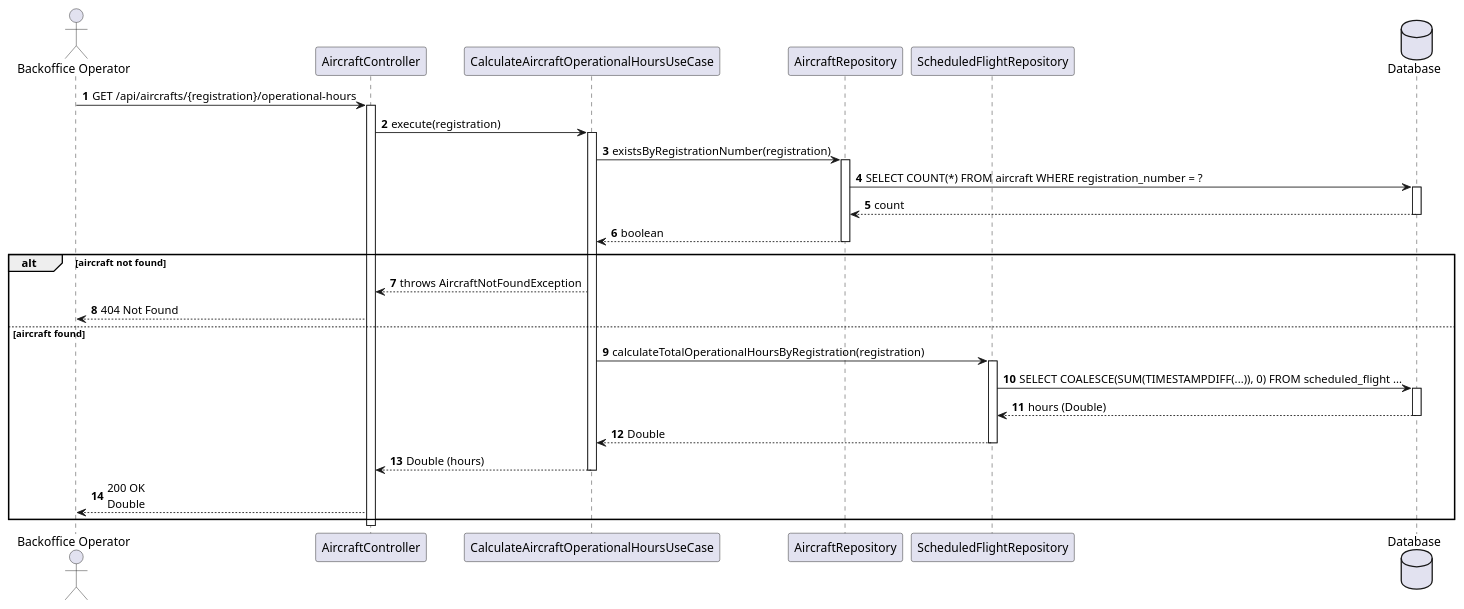
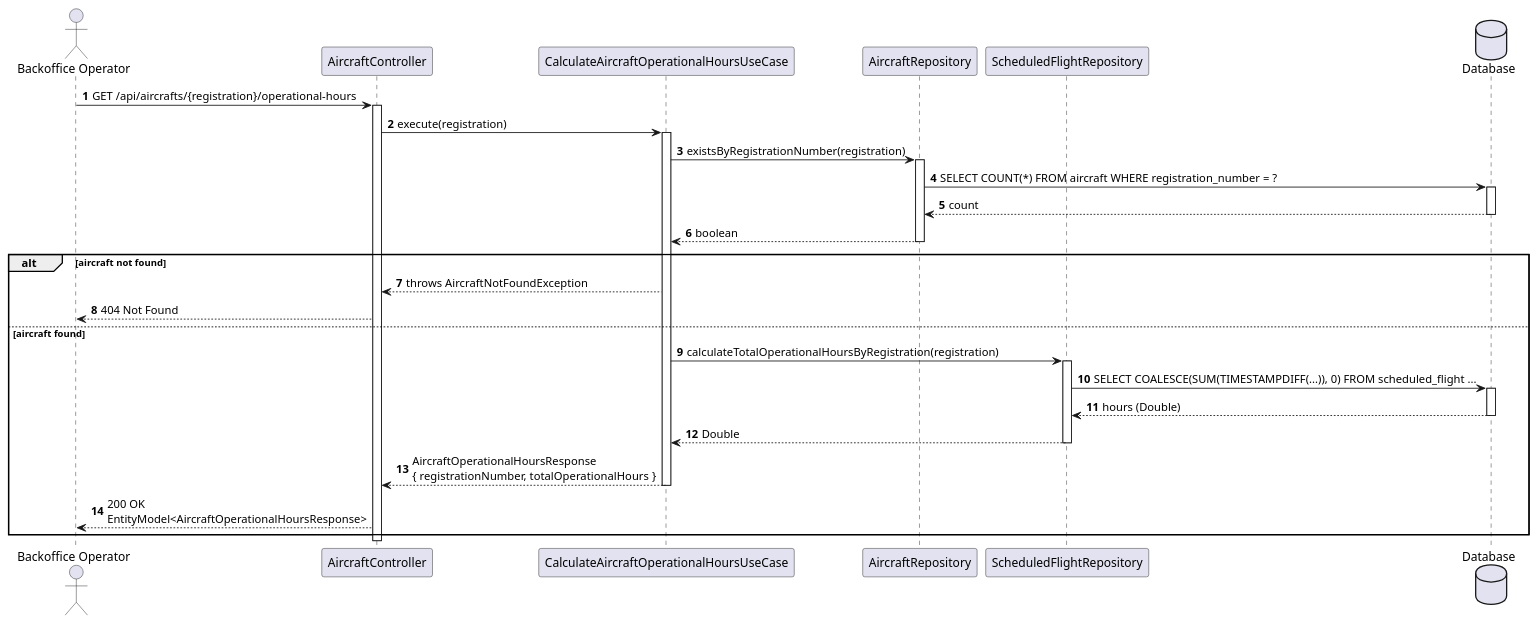
The diagram in docs/system-documentation/use-cases/WP1B/US206/puml/sd_us206.puml (VascoMagolo/psoft_1231562_1241692_1242036_2db), drawn with PlantUML before and after one commit. The commit also changed 101 other files, not shown here.

First line of the commit message:
docs: update diagrams, READMEs, and global artifacts

```diff
--- a/docs/system-documentation/use-cases/WP1B/US206/puml/sd_us206.puml
+++ b/docs/system-documentation/use-cases/WP1B/US206/puml/sd_us206.puml
@@ -1,44 +1,44 @@
 @startuml
 autonumber
 actor "Backoffice Operator" as BO
 participant "AircraftController" as Ctrl
 participant "CalculateAircraftOperationalHoursUseCase" as UC
 participant "AircraftRepository" as Repo
 participant "ScheduledFlightRepository" as FlightRepo
 database "Database" as DB
 
 BO -> Ctrl : GET /api/aircrafts/{registration}/operational-hours
 activate Ctrl
 
 Ctrl -> UC : execute(registration)
 activate UC
 
 UC -> Repo : existsByRegistrationNumber(registration)
 activate Repo
 Repo -> DB : SELECT COUNT(*) FROM aircraft WHERE registration_number = ?
 activate DB
 DB --> Repo : count
 deactivate DB
 Repo --> UC : boolean
 deactivate Repo
 
 alt aircraft not found
     UC --> Ctrl : throws AircraftNotFoundException
     Ctrl --> BO : 404 Not Found
 else aircraft found
     UC -> FlightRepo : calculateTotalOperationalHoursByRegistration(registration)
     activate FlightRepo
     FlightRepo -> DB : SELECT COALESCE(SUM(TIMESTAMPDIFF(...)), 0) FROM scheduled_flight ...
     activate DB
     DB --> FlightRepo : hours (Double)
     deactivate DB
     FlightRepo --> UC : Double
     deactivate FlightRepo
 
-    UC --> Ctrl : Double (hours)
+    UC --> Ctrl : AircraftOperationalHoursResponse\n{ registrationNumber, totalOperationalHours }
     deactivate UC
-    Ctrl --> BO : 200 OK\nDouble
+    Ctrl --> BO : 200 OK\nEntityModel<AircraftOperationalHoursResponse>
 end
 
 deactivate Ctrl
 @enduml
```
